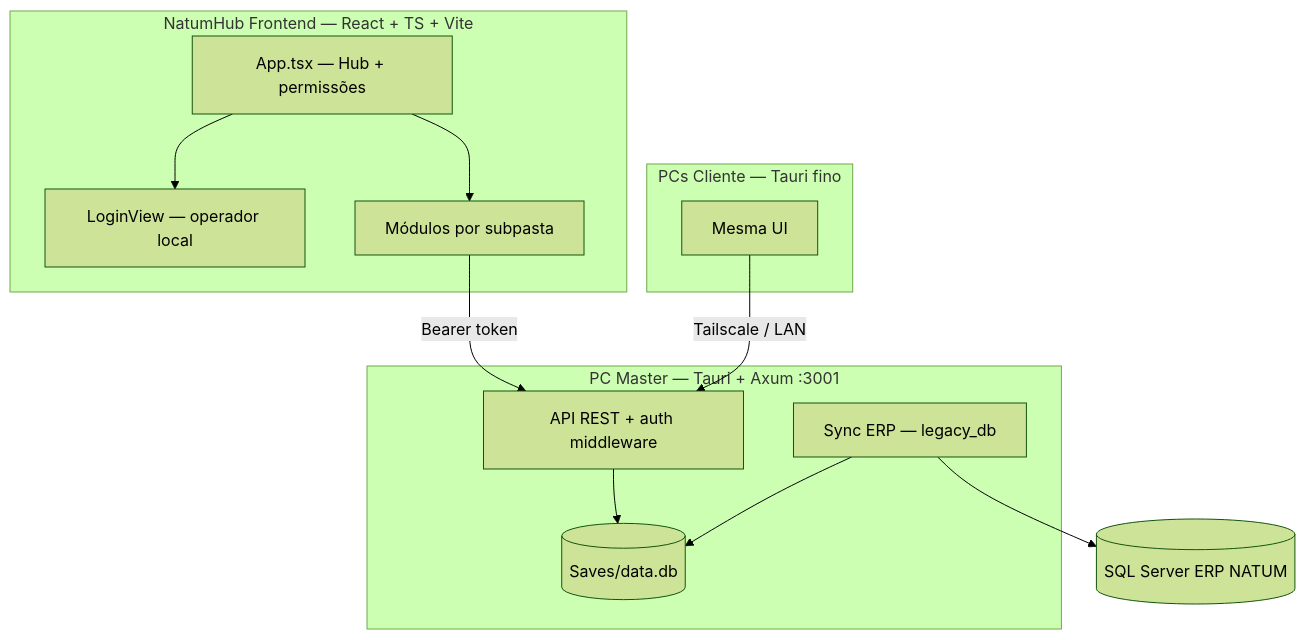
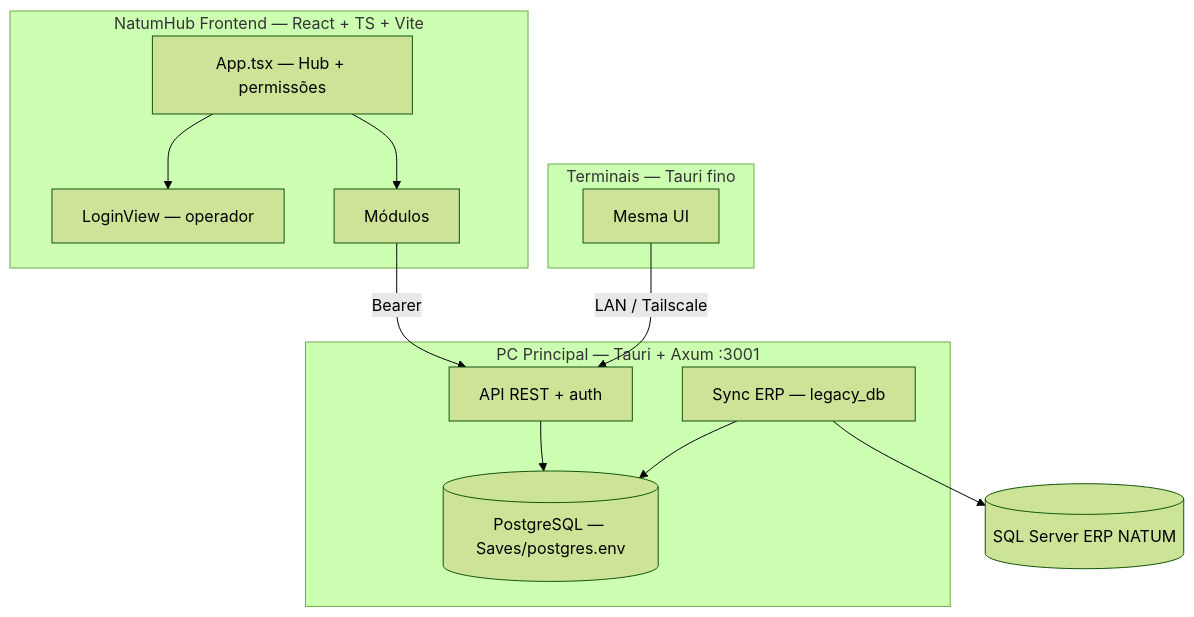
Before and after one commit to ancaped/NatumHub: the diagram in ARCHITECTURE.md, drawn with Mermaid (forest theme). The commit also changed other lines of this file and 65 other files, not shown here.

First line of the commit message:
docs: exigir Postgres no master e limpar legado SQLite

````diff
--- a/ARCHITECTURE.md
+++ b/ARCHITECTURE.md
@@ -17,28 +18,28 @@
 ```mermaid
 graph TD
     subgraph Frontend [NatumHub Frontend — React + TS + Vite]
         App[App.tsx — Hub + permissões]
-        Login[LoginView — operador local]
-        Mod[Módulos por subpasta]
+        Login[LoginView — operador]
+        Mod[Módulos]
     end
 
-    subgraph Master [PC Master — Tauri + Axum :3001]
-        Axum[API REST + auth middleware]
+    subgraph Master [PC Principal — Tauri + Axum :3001]
+        Axum[API REST + auth]
         Sync[Sync ERP — legacy_db]
-        DB[(Saves/data.db)]
+        PG[(PostgreSQL — Saves/postgres.env)]
     end
 
-    subgraph Client [PCs Cliente — Tauri fino]
+    subgraph Client [Terminais — Tauri fino]
         UI[Mesma UI]
     end
 
     ERP[(SQL Server ERP NATUM)]
 
     App --> Login
     App --> Mod
-    Mod -->|Bearer token| Axum
-    UI -->|Tailscale / LAN| Axum
-    Axum --> DB
+    Mod -->|Bearer| Axum
+    UI -->|LAN / Tailscale| Axum
+    Axum --> PG
     Sync --> ERP
-    Sync --> DB
+    Sync --> PG
 ```
````
